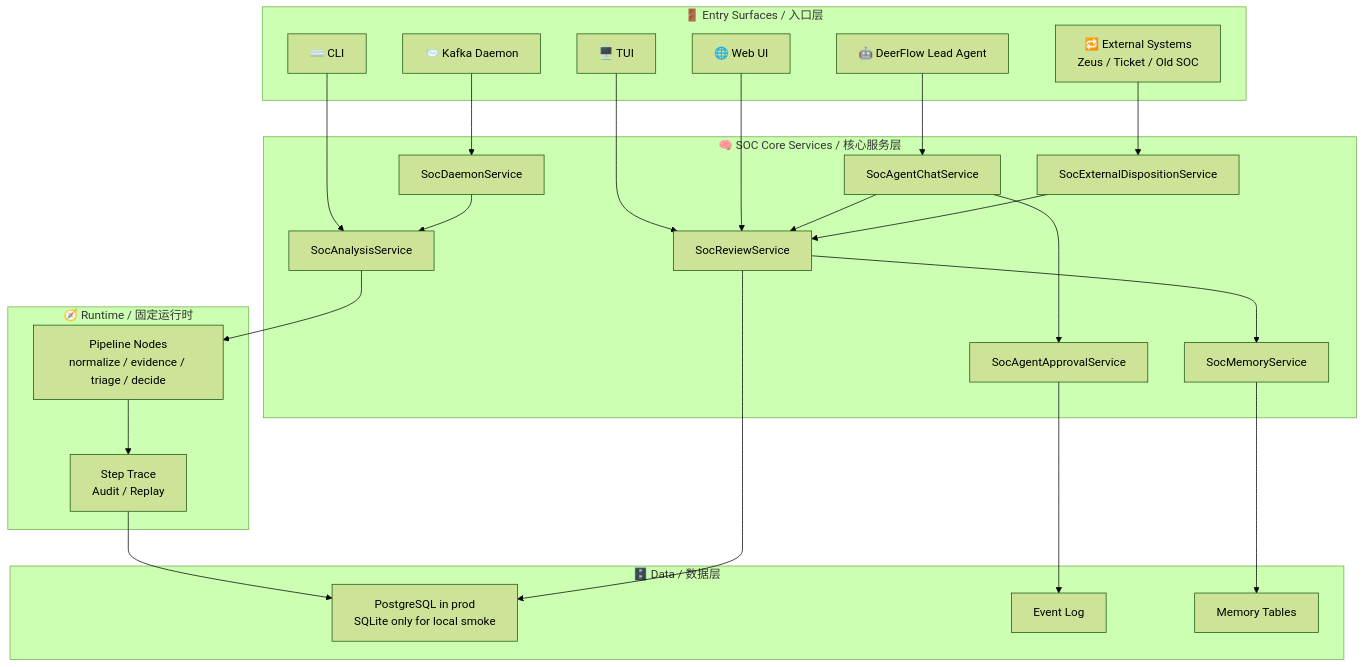
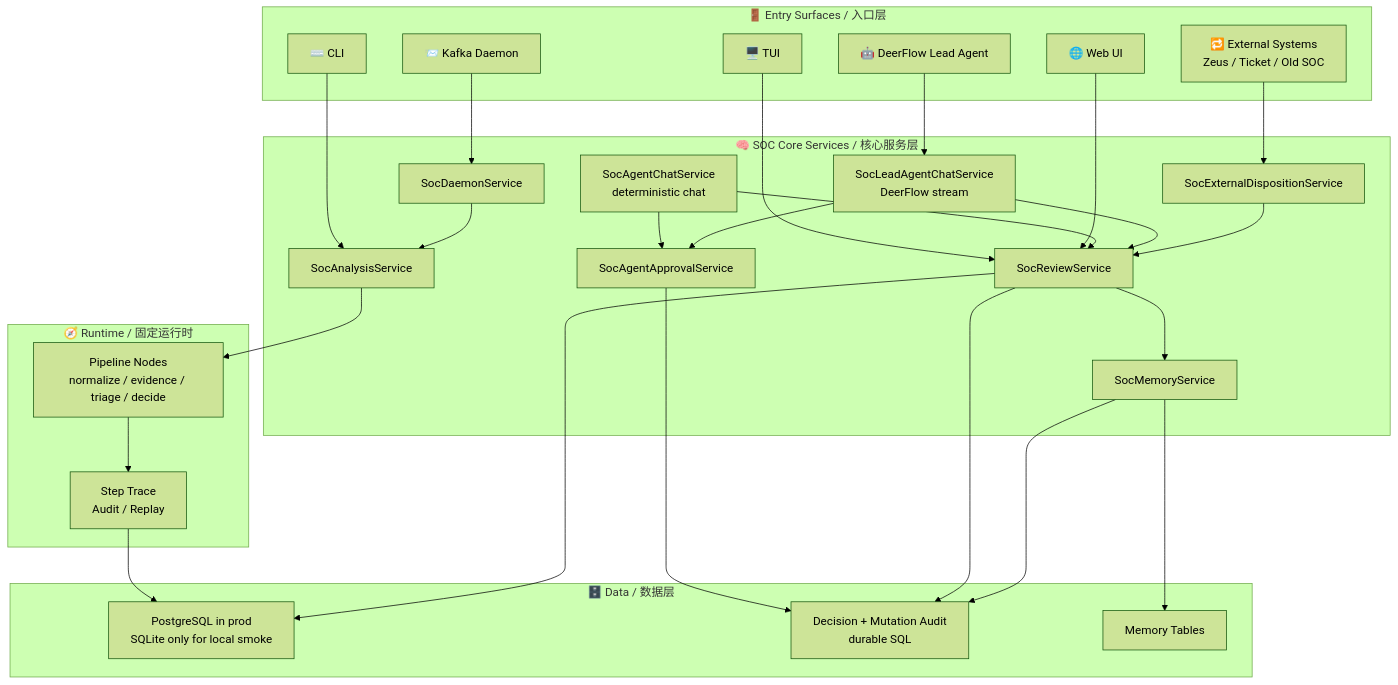
The second of 14 diagrams in .notes/ai_soc/soc-agent-solution.md (yydspanda/deer-flow), drawn with Mermaid (forest theme) before and after one commit. The commit also changed other lines of this file and 28 other files, not shown here.

````diff
--- a/.notes/ai_soc/soc-agent-solution.md
+++ b/.notes/ai_soc/soc-agent-solution.md
@@ -154,51 +155,56 @@
 ```mermaid
 flowchart TB
     subgraph Entry["🚪 Entry Surfaces / 入口层"]
         CLI["⌨️ CLI"]
         TUI["🖥️ TUI"]
         WEB["🌐 Web UI"]
         KAFKA["📨 Kafka Daemon"]
         LEAD["🤖 DeerFlow Lead Agent"]
         EXT["🔁 External Systems<br/>Zeus / Ticket / Old SOC"]
     end
 
     subgraph Core["🧠 SOC Core Services / 核心服务层"]
         ANALYSIS["SocAnalysisService"]
         REVIEW["SocReviewService"]
         MEMORY["SocMemoryService"]
         DAEMON["SocDaemonService"]
-        CHAT["SocAgentChatService"]
+        CHAT["SocAgentChatService<br/>deterministic chat"]
+        LEAD_CHAT["SocLeadAgentChatService<br/>DeerFlow stream"]
         DISPOSITION["SocExternalDispositionService"]
         APPROVAL["SocAgentApprovalService"]
     end
 
     subgraph Runtime["🧭 Runtime / 固定运行时"]
         PIPELINE["Pipeline Nodes<br/>normalize / evidence / triage / decide"]
         TRACE["Step Trace<br/>Audit / Replay"]
     end
 
     subgraph Data["🗄️ Data / 数据层"]
         DB["PostgreSQL in prod<br/>SQLite only for local smoke"]
-        EVENTS["Event Log"]
+        AUDIT_DB["Decision + Mutation Audit<br/>durable SQL"]
         MEMORY_DB["Memory Tables"]
     end
 
     CLI --> ANALYSIS
     TUI --> REVIEW
     WEB --> REVIEW
     KAFKA --> DAEMON
-    LEAD --> CHAT
+    LEAD --> LEAD_CHAT
     EXT --> DISPOSITION
 
     DAEMON --> ANALYSIS
     CHAT --> REVIEW
     CHAT --> APPROVAL
+    LEAD_CHAT --> REVIEW
+    LEAD_CHAT --> APPROVAL
     DISPOSITION --> REVIEW
     REVIEW --> MEMORY
     ANALYSIS --> PIPELINE
     PIPELINE --> TRACE
     TRACE --> DB
     REVIEW --> DB
     MEMORY --> MEMORY_DB
-    APPROVAL --> EVENTS
+    APPROVAL --> AUDIT_DB
+    REVIEW --> AUDIT_DB
+    MEMORY --> AUDIT_DB
 ```
````
